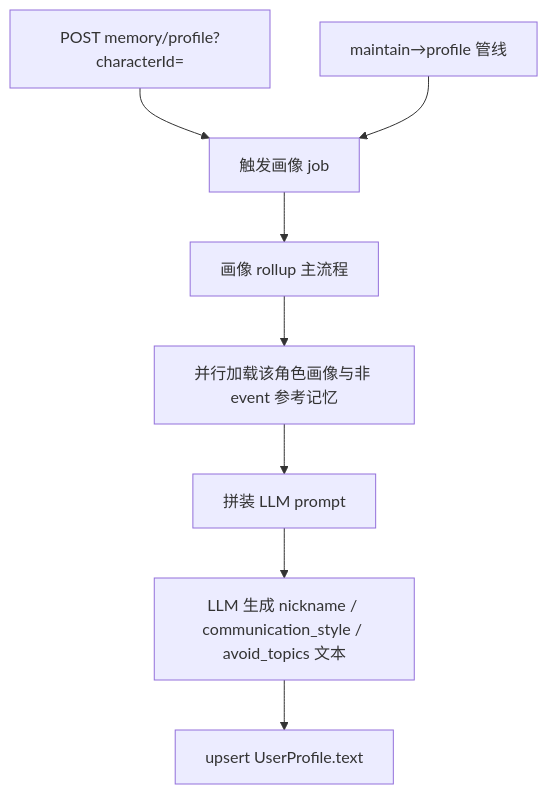
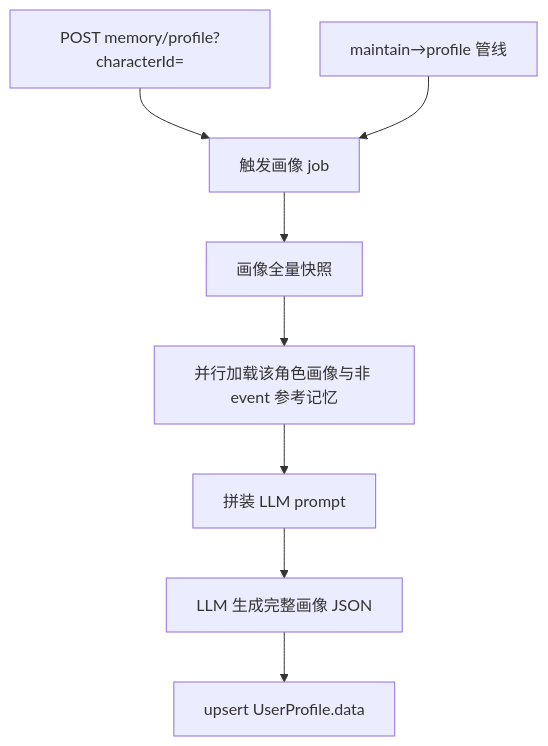
One commit to lilialab/lilia changed the diagram in docs/memory/profile.md. Above: the diagram before and after it, drawn with Mermaid. The commit also changed other lines of this file and 11 other files, not shown here.

````diff
--- a/docs/memory/profile.md
+++ b/docs/memory/profile.md
@@ -5,10 +5,10 @@
 ```mermaid
 flowchart TD
   API["POST memory/profile?characterId="] --> Entry[触发画像 job]
   Pipeline["maintain→profile 管线"] --> Entry
-  Entry --> Core[画像 rollup 主流程]
+  Entry --> Core[画像全量快照]
   Core --> LoadProfile[并行加载该角色画像与非 event 参考记忆]
   LoadProfile --> Prompt[拼装 LLM prompt]
-  Prompt --> LlmGen["LLM 生成 nickname / communication_style / avoid_topics 文本"]
-  LlmGen --> Upsert["upsert UserProfile.text"]
+  Prompt --> LlmGen["LLM 生成完整画像 JSON"]
+  LlmGen --> Upsert["upsert UserProfile.data"]
 ```
````
